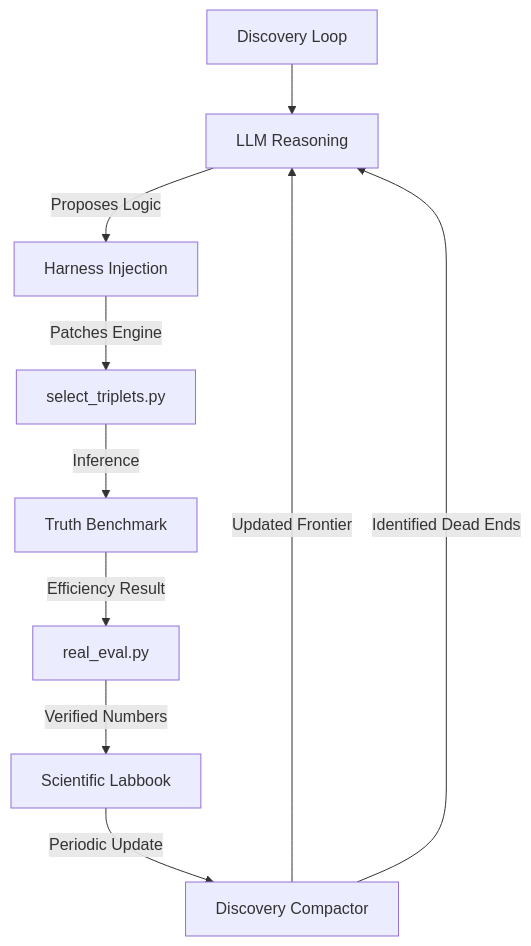
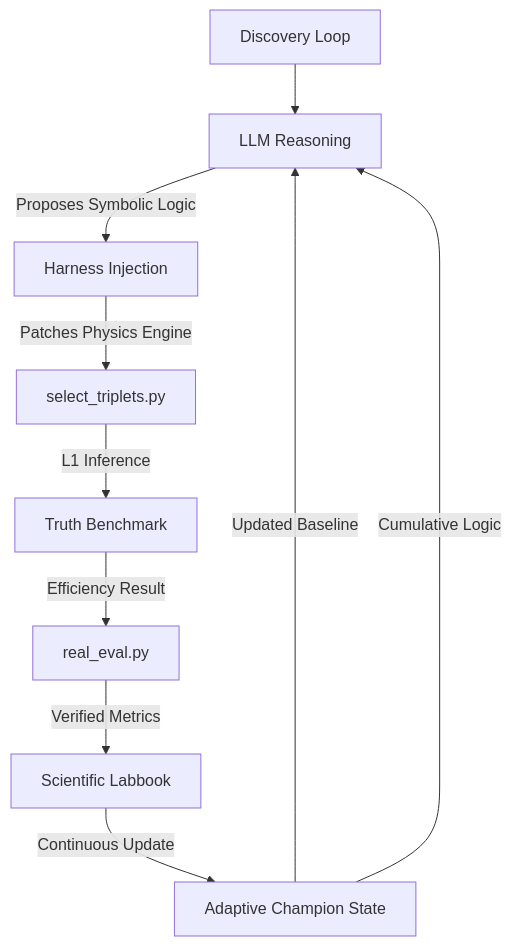
The diagram in README.md (yellowchicken280/codex_topreconstruction), drawn with Mermaid before and after one commit. The commit also changed other lines of this file, not shown here.

````diff
--- a/README.md
+++ b/README.md
@@ -9,12 +9,12 @@
 ```mermaid
 graph TD
     A[Discovery Loop] --> B[LLM Reasoning]
-    B -->|Proposes Logic| C[Harness Injection]
-    C -->|Patches Engine| D[select_triplets.py]
-    D -->|Inference| E[Truth Benchmark]
+    B -->|Proposes Symbolic Logic| C[Harness Injection]
+    C -->|Patches Physics Engine| D[select_triplets.py]
+    D -->|L1 Inference| E[Truth Benchmark]
     E -->|Efficiency Result| F[real_eval.py]
-    F -->|Verified Numbers| G[Scientific Labbook]
-    G -->|Periodic Update| H[Discovery Compactor]
-    H -->|Updated Frontier| B
-    H -->|Identified Dead Ends| B
+    F -->|Verified Metrics| G[Scientific Labbook]
+    G -->|Continuous Update| H[Adaptive Champion State]
+    H -->|Updated Baseline| B
+    H -->|Cumulative Logic| B
 ```
````
